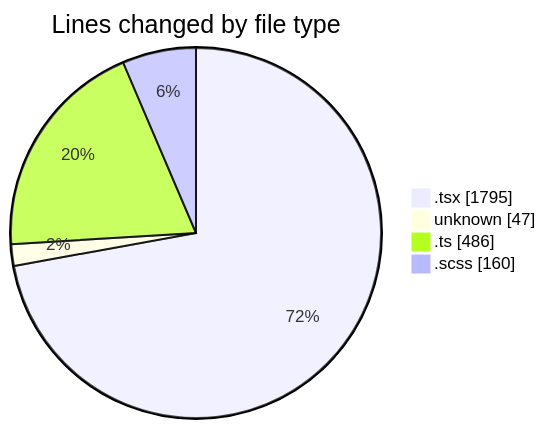
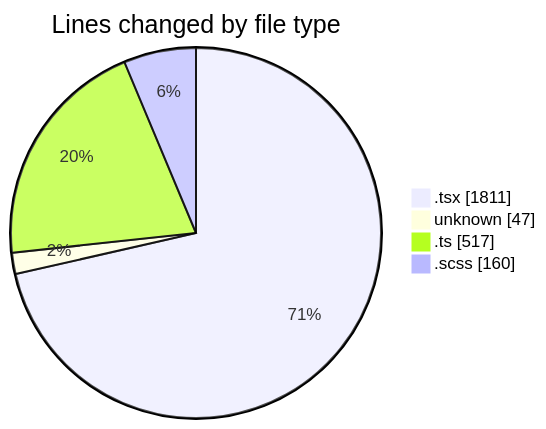
One commit to momahboobian/code-tracking changed the first of 2 diagrams in 2025-09-18/cda/README.md. Above: the diagram before and after it, drawn with Mermaid. The commit also changed other lines of this file and 1 other file, not shown here.

````diff
--- a/2025-09-18/cda/README.md
+++ b/2025-09-18/cda/README.md
@@ -25,8 +25,8 @@
 ```mermaid
 pie showData
 title Lines changed by file type
-".tsx" : 1795
+".tsx" : 1811
 "unknown" : 47
-".ts" : 486
+".ts" : 517
 ".scss" : 160
 ```
````
